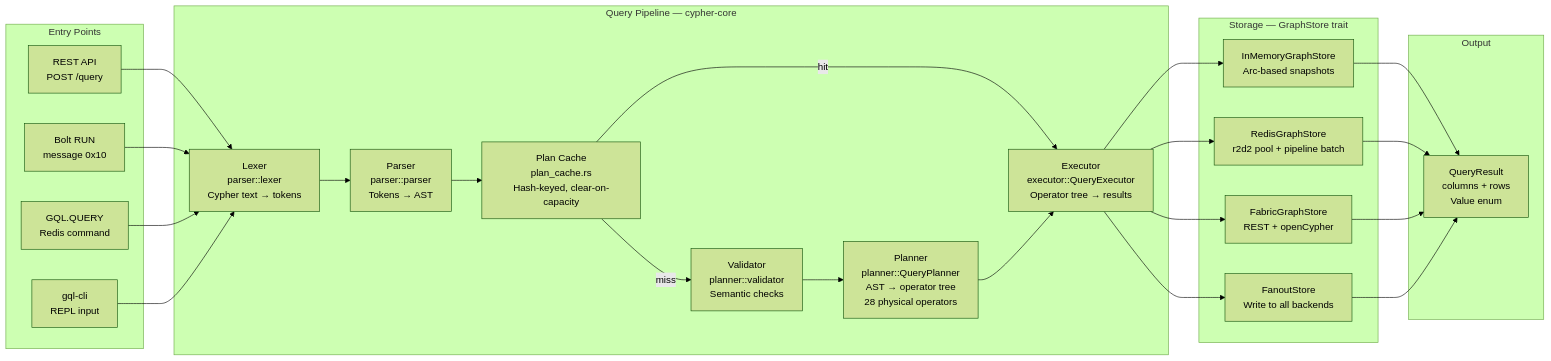
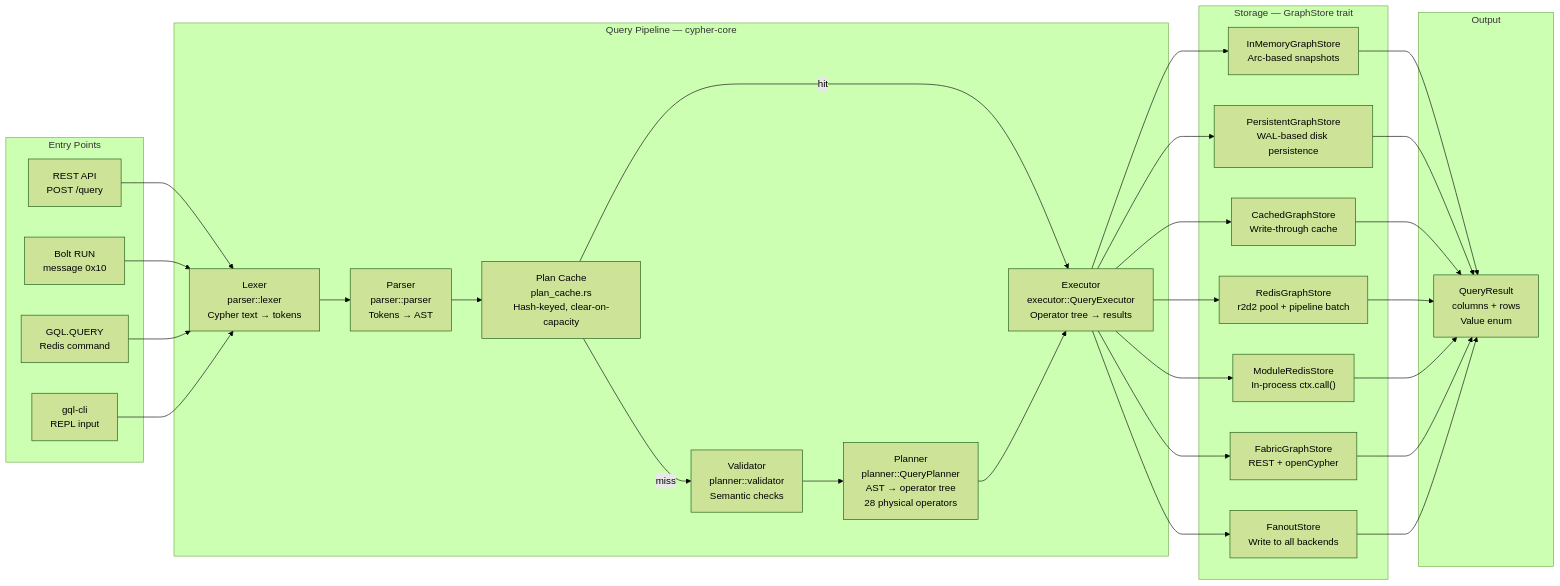
One commit to rysweet/SedanDelivery changed the first of 3 diagrams in docs/atlas/data-flow/README.md. Above: the diagram before and after it, drawn with Mermaid (forest theme). The commit also changed 17 other files, not shown here.

````diff
--- a/docs/atlas/data-flow/README.md
+++ b/docs/atlas/data-flow/README.md
@@ -14,49 +14,58 @@
 ```mermaid
 flowchart LR
     subgraph entry["Entry Points"]
         rest["REST API\nPOST /query"]
         bolt["Bolt RUN\nmessage 0x10"]
         redis["GQL.QUERY\nRedis command"]
         cli["gql-cli\nREPL input"]
     end
 
     subgraph pipeline["Query Pipeline — cypher-core"]
         lexer["Lexer\nparser::lexer\nCypher text → tokens"]
         parser["Parser\nparser::parser\nTokens → AST"]
         validator["Validator\nplanner::validator\nSemantic checks"]
         planner["Planner\nplanner::QueryPlanner\nAST → operator tree\n28 physical operators"]
         executor["Executor\nexecutor::QueryExecutor\nOperator tree → results"]
         cache["Plan Cache\nplan_cache.rs\nHash-keyed, clear-on-capacity"]
     end
 
     subgraph storage["Storage — GraphStore trait"]
         mem["InMemoryGraphStore\nArc-based snapshots"]
+        persistent["PersistentGraphStore\nWAL-based disk persistence"]
+        cached["CachedGraphStore\nWrite-through cache"]
         redis_store["RedisGraphStore\nr2d2 pool + pipeline batch"]
+        module_store["ModuleRedisStore\nIn-process ctx.call()"]
         fabric_store["FabricGraphStore\nREST + openCypher"]
         fanout["FanoutStore\nWrite to all backends"]
     end
 
     subgraph output["Output"]
         result["QueryResult\ncolumns + rows\nValue enum"]
     end
 
     rest --> lexer
     bolt --> lexer
     redis --> lexer
     cli --> lexer
 
     lexer --> parser
     parser --> cache
     cache -->|"miss"| validator
     cache -->|"hit"| executor
     validator --> planner
     planner --> executor
     executor --> mem
+    executor --> persistent
+    executor --> cached
     executor --> redis_store
+    executor --> module_store
     executor --> fabric_store
     executor --> fanout
     mem --> result
+    persistent --> result
+    cached --> result
     redis_store --> result
+    module_store --> result
     fabric_store --> result
     fanout --> result
 ```
````
